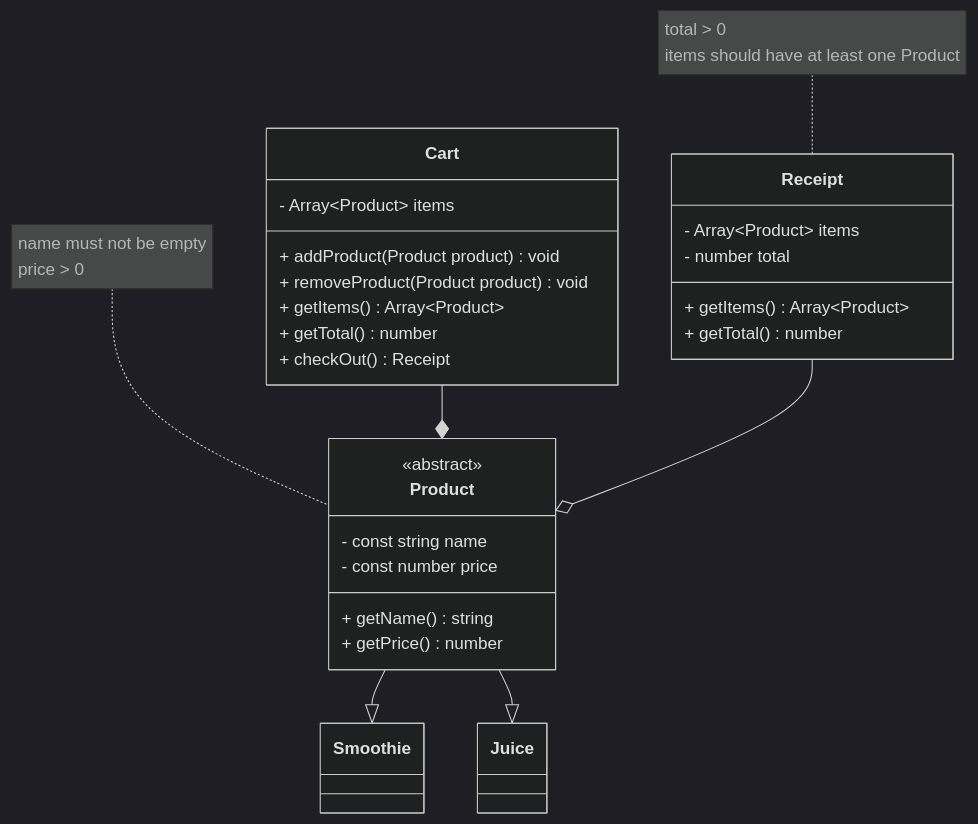
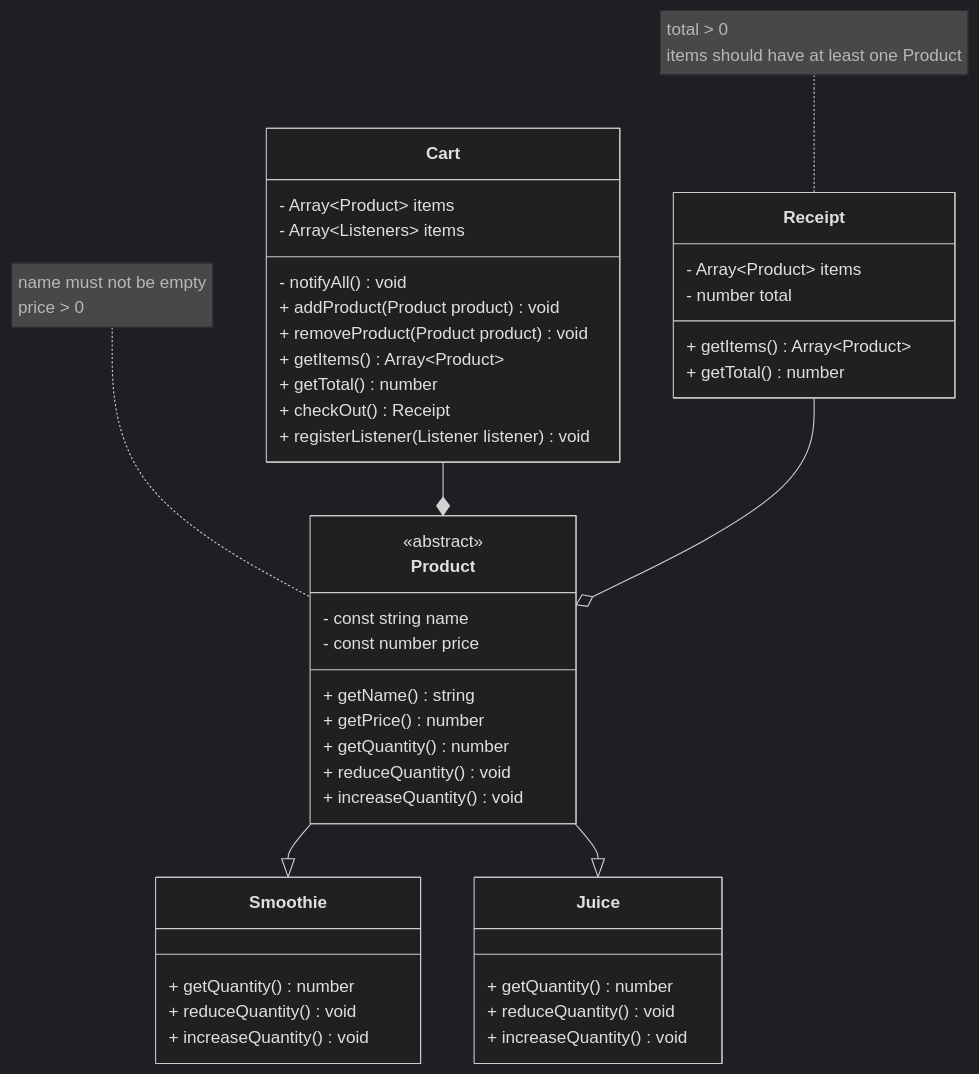
The diagram in domain.md (asantec2/cassy-project), drawn with Mermaid (dark theme) before and after one commit. The commit also changed other lines of this file and 29 other files, not shown here.

````diff
--- a/domain.md
+++ b/domain.md
@@ -9,54 +9,67 @@
 ```mermaid
 classDiagram
 
 class Product{
     <<abstract>>
     - const string name 
     - const number price
 
     + getName() string
     + getPrice() number
+    + getQuantity() number
+    + reduceQuantity() void
+    + increaseQuantity() void
     
 }
 note for Product"
   name must not be empty
   price > 0
 "
 class Smoothie{ 
     
+    + getQuantity() number
+    + reduceQuantity() void
+    + increaseQuantity() void
 }
+
 class Juice{
-
+  
+    + getQuantity() number
+    + reduceQuantity() void
+    + increaseQuantity() void
  }
  Product --|> Smoothie
  Product --|> Juice
 
 
 class Cart{
     - Array~Product~ items
+    - Array~Listeners~ items
+    - notifyAll() void
     + addProduct(Product product)void
     + removeProduct(Product product) void
     + getItems() Array~Product~
     + getTotal() number
     + checkOut() Receipt
+    + registerListener(Listener listener) void
 
 }
 
  class Receipt{
     - Array~Product~ items
     - number total
     + getItems() Array~Product~
     + getTotal() number
 
  }
  note for Receipt"
  total > 0
  items should have at least one Product
  "
 
  
  
  Cart --* Product
  Receipt --o Product
 
 ```
````
